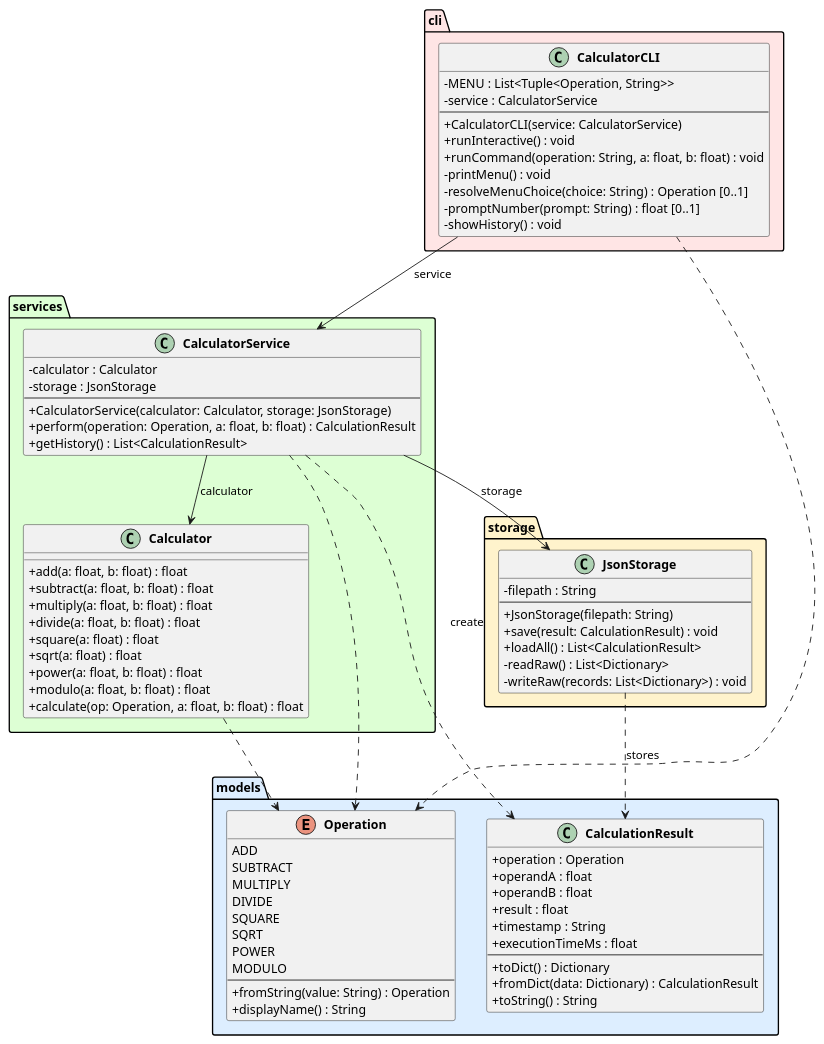
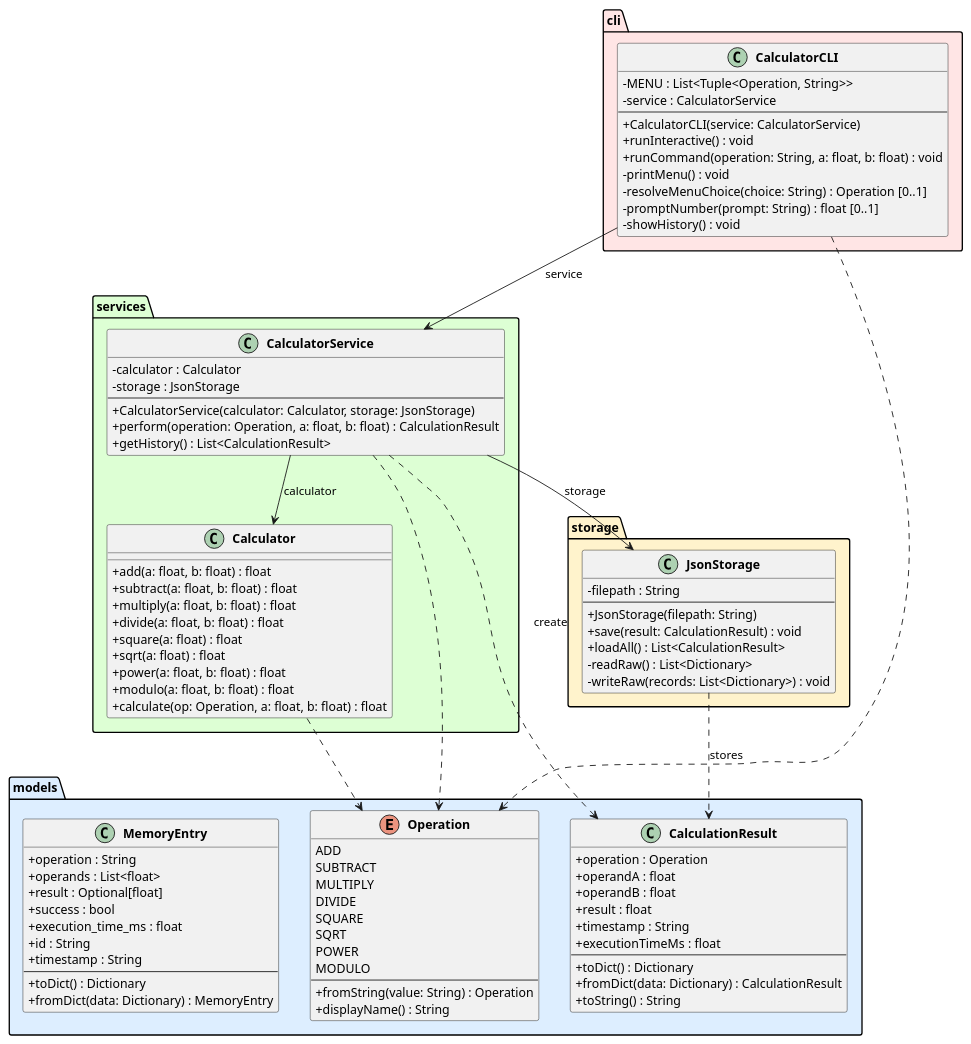
The diagram in experiments/broadcast/test_driven/calculator/artifacts/class_diagram.puml (DanielRiha8906/Software_autoevolution_using_agents), drawn with PlantUML before and after one commit. The commit also changed 4 other files, not shown here.

```diff
--- a/experiments/broadcast/test_driven/calculator/artifacts/class_diagram.puml
+++ b/experiments/broadcast/test_driven/calculator/artifacts/class_diagram.puml
@@ -1,95 +1,108 @@
 @startuml class_diagram
 
 skinparam classAttributeIconSize 0
 skinparam classFontStyle bold
 
 package "models" #DDEEFF {
     enum Operation {
         ADD
         SUBTRACT
         MULTIPLY
         DIVIDE
         SQUARE
         SQRT
         POWER
         MODULO
         --
         +fromString(value: String) : Operation
         +displayName() : String
     }
 
     class CalculationResult {
         +operation : Operation
         +operandA : float
         +operandB : float
         +result : float
         +timestamp : String
         +executionTimeMs : float
         --
         +toDict() : Dictionary
         +fromDict(data: Dictionary) : CalculationResult
         +toString() : String
+    }
+
+    class MemoryEntry {
+        +operation : String
+        +operands : List<float>
+        +result : Optional[float]
+        +success : bool
+        +execution_time_ms : float
+        +id : String
+        +timestamp : String
+        --
+        +toDict() : Dictionary
+        +fromDict(data: Dictionary) : MemoryEntry
     }
 }
 
 package "services" #DDFFD4 {
     class Calculator {
         +add(a: float, b: float) : float
         +subtract(a: float, b: float) : float
         +multiply(a: float, b: float) : float
         +divide(a: float, b: float) : float
         +square(a: float) : float
         +sqrt(a: float) : float
         +power(a: float, b: float) : float
         +modulo(a: float, b: float) : float
         +calculate(op: Operation, a: float, b: float) : float
     }
 
     class CalculatorService {
         -calculator : Calculator
         -storage : JsonStorage
         --
         +CalculatorService(calculator: Calculator, storage: JsonStorage)
         +perform(operation: Operation, a: float, b: float) : CalculationResult
         +getHistory() : List<CalculationResult>
     }
 }
 
 package "storage" #FFF3CC {
     class JsonStorage {
         -filepath : String
         --
         +JsonStorage(filepath: String)
         +save(result: CalculationResult) : void
         +loadAll() : List<CalculationResult>
         -readRaw() : List<Dictionary>
         -writeRaw(records: List<Dictionary>) : void
     }
 }
 
 package "cli" #FFE5E5 {
     class CalculatorCLI {
         -MENU : List<Tuple<Operation, String>>
         -service : CalculatorService
         --
         +CalculatorCLI(service: CalculatorService)
         +runInteractive() : void
         +runCommand(operation: String, a: float, b: float) : void
         -printMenu() : void
         -resolveMenuChoice(choice: String) : Operation [0..1]
         -promptNumber(prompt: String) : float [0..1]
         -showHistory() : void
     }
 }
 
 CalculatorCLI --> CalculatorService : service
 CalculatorService --> Calculator : calculator
 CalculatorService --> JsonStorage : storage
 
 CalculatorService ..> CalculationResult : create
 CalculatorService ..> Operation
 CalculatorCLI ..> Operation
 Calculator ..> Operation
 JsonStorage ..> CalculationResult : stores
 
 @enduml
```
